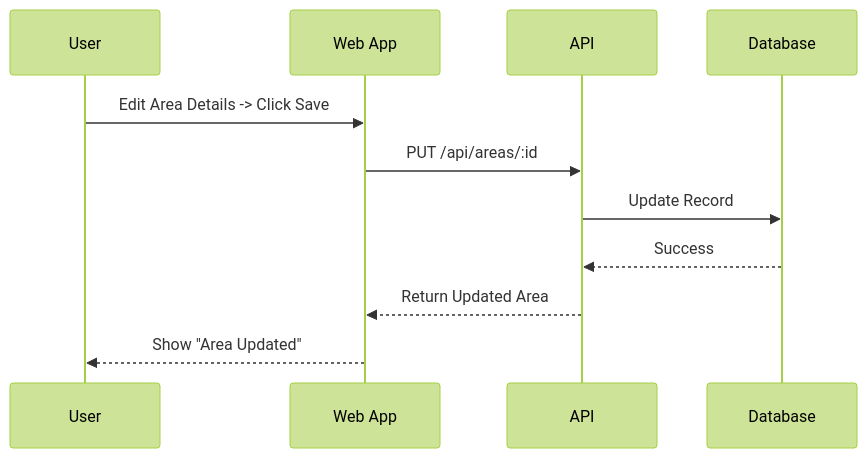
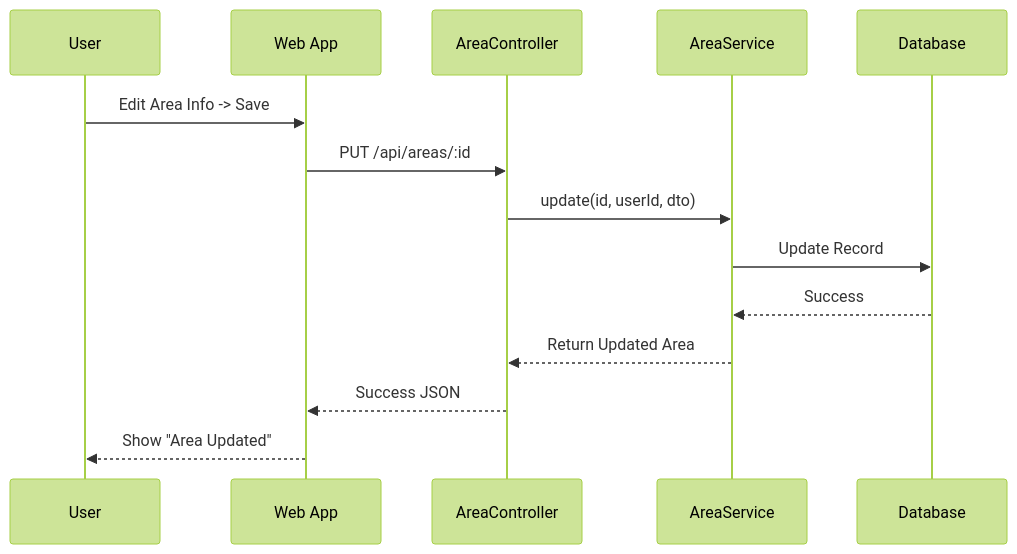
Before and after one commit to duong4444/agribot-dev: the second of 3 diagrams in DOC-TTCS/cultivation_area_docs.md, drawn with Mermaid (forest theme). The commit also changed other lines of this file and 7 other files, not shown here.

````diff
--- a/DOC-TTCS/cultivation_area_docs.md
+++ b/DOC-TTCS/cultivation_area_docs.md
@@ -64,14 +66,18 @@
 ```mermaid
 sequenceDiagram
     participant U as User
     participant FE as Web App
-    participant BE as API
+    participant CTL as AreaController
+    participant SVC as AreaService
     participant DB as Database
 
-    U->>FE: Edit Area Details -> Click Save
-    FE->>BE: PUT /api/areas/:id
-    BE->>DB: Update Record
-    DB-->>BE: Success
-    BE-->>FE: Return Updated Area
+    U->>FE: Edit Area Info -> Save
+    FE->>CTL: PUT /api/areas/:id
+    CTL->>SVC: update(id, userId, dto)
+    
+    SVC->>DB: Update Record
+    DB-->>SVC: Success
+    SVC-->>CTL: Return Updated Area
+    CTL-->>FE: Success JSON
     FE-->>U: Show "Area Updated"
 ```
````
